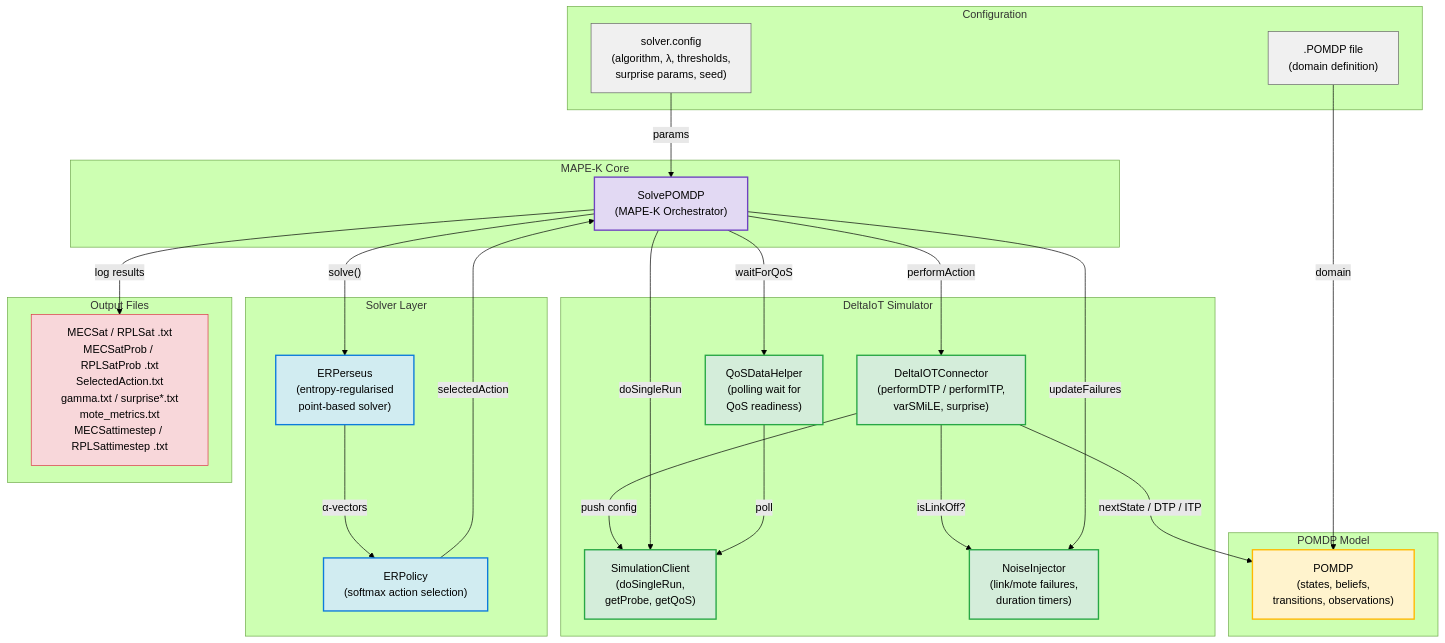
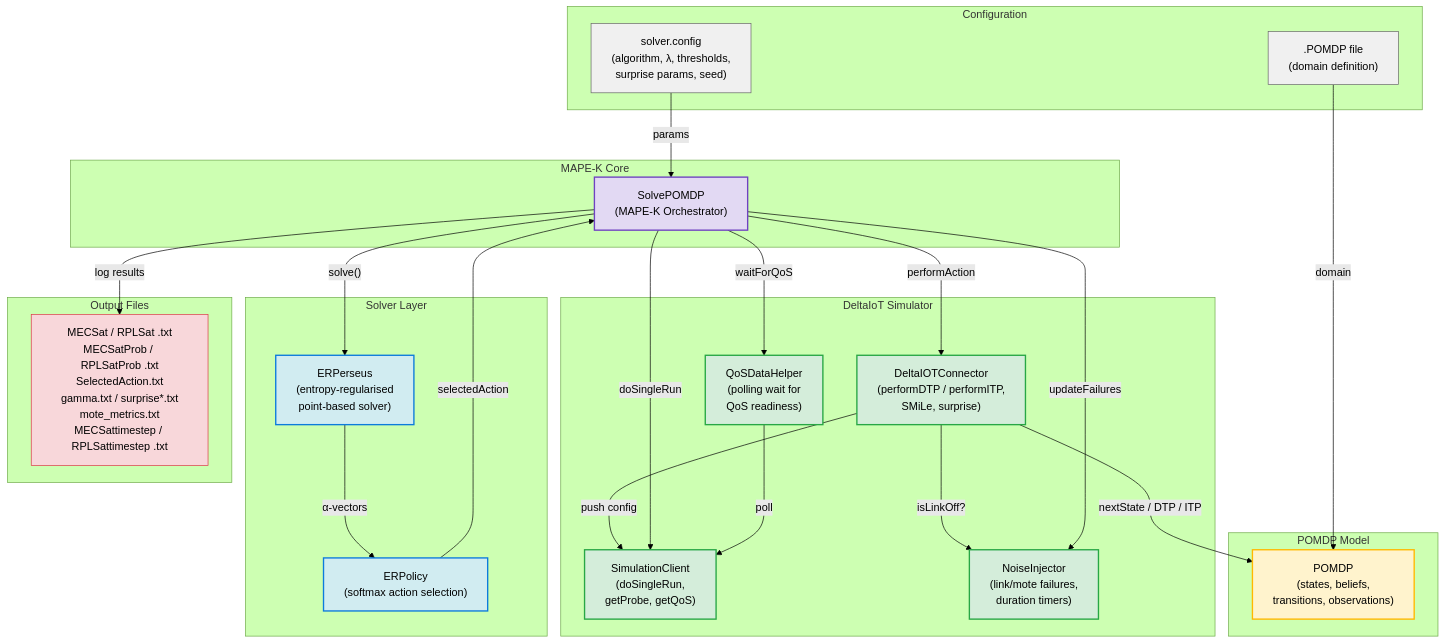
One commit to JOSHMT0744/L4Project changed the fifth of 5 diagrams in docs/MAPEK_diagram.md. Above: the diagram before and after it, drawn with Mermaid (forest theme). The commit also changed other lines of this file and 10 other files, not shown here.

Commit message:
replace all varSMiLe terms with SMiLe

````diff
--- a/docs/MAPEK_diagram.md
+++ b/docs/MAPEK_diagram.md
@@ -238,60 +238,60 @@
 ```mermaid
 graph TB
     subgraph Core["MAPE-K Core"]
         MAPEK["SolvePOMDP<br/>(MAPE-K Orchestrator)"]
     end
 
     subgraph Solvers["Solver Layer"]
         ERP["ERPerseus<br/>(entropy-regularised<br/>point-based solver)"]
         ERPOL["ERPolicy<br/>(softmax action selection)"]
     end
 
     subgraph Model["POMDP Model"]
         POMDP_M["POMDP<br/>(states, beliefs,<br/>transitions, observations)"]
     end
 
     subgraph IoT["DeltaIoT Simulator"]
-        DC["DeltaIOTConnector<br/>(performDTP / performITP,<br/>varSMiLE, surprise)"]
+        DC["DeltaIOTConnector<br/>(performDTP / performITP,<br/>SMiLe, surprise)"]
         SIM["SimulationClient<br/>(doSingleRun,<br/>getProbe, getQoS)"]
         NI_EXT["NoiseInjector<br/>(link/mote failures,<br/>duration timers)"]
         QH["QoSDataHelper<br/>(polling wait for<br/>QoS readiness)"]
     end
 
     subgraph Config["Configuration"]
         SC["solver.config<br/>(algorithm, λ, thresholds,<br/>surprise params, seed)"]
         PF[".POMDP file<br/>(domain definition)"]
     end
 
     subgraph Output["Output Files"]
         OF["MECSat / RPLSat .txt<br/>MECSatProb / RPLSatProb .txt<br/>SelectedAction.txt<br/>gamma.txt / surprise*.txt<br/>mote_metrics.txt<br/>MECSattimestep / RPLSattimestep .txt"]
     end
 
     SC -->|"params"| MAPEK
     PF -->|"domain"| POMDP_M
     MAPEK -->|"solve()"| ERP
     ERP -->|"α-vectors"| ERPOL
     ERPOL -->|"selectedAction"| MAPEK
     MAPEK -->|"performAction"| DC
     DC -->|"nextState / DTP / ITP"| POMDP_M
     DC -->|"push config"| SIM
     DC -->|"isLinkOff?"| NI_EXT
     MAPEK -->|"doSingleRun"| SIM
     MAPEK -->|"waitForQoS"| QH
     QH -->|"poll"| SIM
     MAPEK -->|"updateFailures"| NI_EXT
     MAPEK -->|"log results"| OF
 
     classDef core fill:#E2D9F3,stroke:#6F42C1,stroke-width:2px,color:#000
     classDef solver fill:#D1ECF1,stroke:#0C7BDC,stroke-width:2px,color:#000
     classDef model fill:#FFF3CD,stroke:#FFB800,stroke-width:2px,color:#000
     classDef iot fill:#D4EDDA,stroke:#28A745,stroke-width:2px,color:#000
     classDef config fill:#F0F0F0,stroke:#666,stroke-width:1px,color:#000
     classDef output fill:#F8D7DA,stroke:#DC3545,stroke-width:1px,color:#000
 
     class MAPEK core
     class ERP,ERPOL solver
     class POMDP_M model
     class DC,SIM,NI_EXT,QH iot
     class SC,PF config
     class OF output
 ```
````
